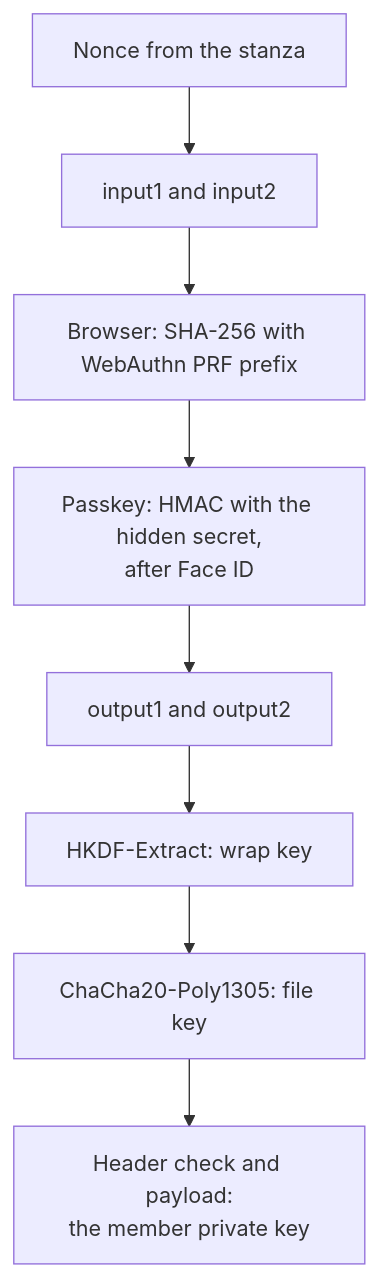
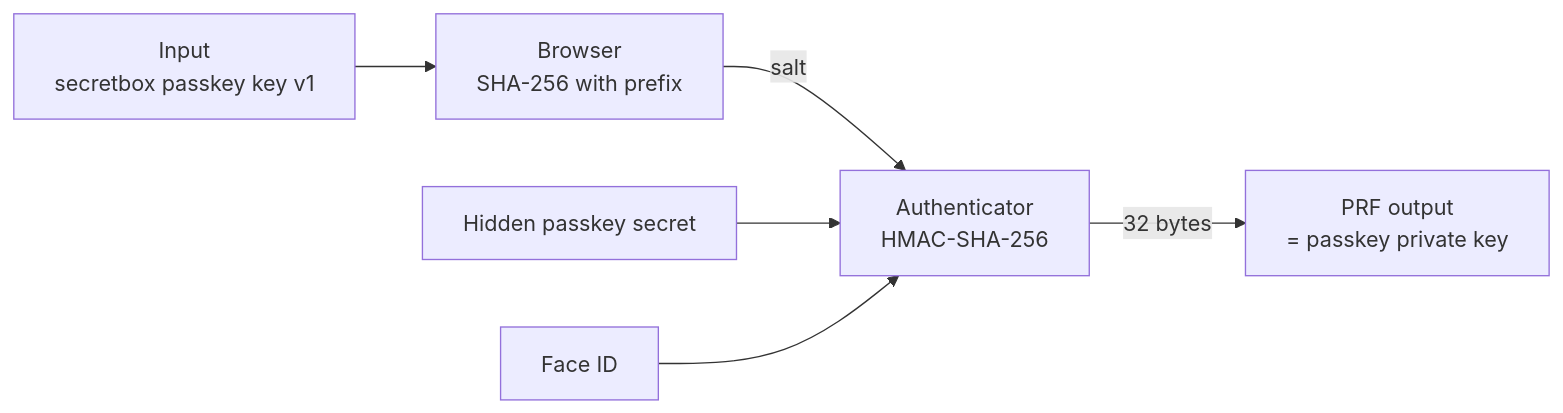
Before and after one commit to intaniger/secretbox: the diagram in docs/technical/passkey-prf.md, drawn with Mermaid. The commit also changed other lines of this file and 30 other files, not shown here.

````diff
--- a/docs/technical/passkey-prf.md
+++ b/docs/technical/passkey-prf.md
@@ -96,10 +26,8 @@
 ```mermaid
-flowchart TD
-  N["Nonce from the stanza"] --> I["input1 and input2"]
-  I --> B["Browser: SHA-256 with WebAuthn PRF prefix"]
-  B --> P["Passkey: HMAC with the hidden secret,<br/>after Face ID"]
-  P --> O["output1 and output2"]
-  O --> W["HKDF-Extract: wrap key"]
-  W --> F["ChaCha20-Poly1305: file key"]
-  F --> R["Header check and payload:<br/>the member private key"]
+flowchart LR
+  IN["Input<br/>secretbox passkey key v1"] --> BR["Browser<br/>SHA-256 with prefix"]
+  BR -->|salt| AU["Authenticator<br/>HMAC-SHA-256"]
+  SEC["Hidden passkey secret"] --> AU
+  FACE["Face ID"] --> AU
+  AU -->|32 bytes| OUT["PRF output<br/>= passkey private key"]
 ```
````
